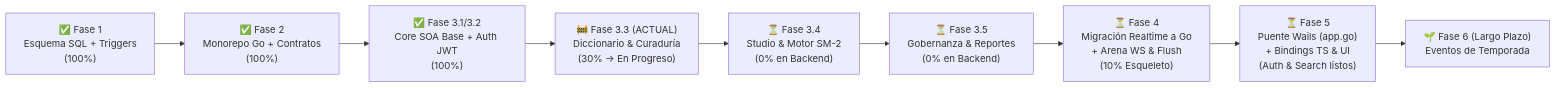
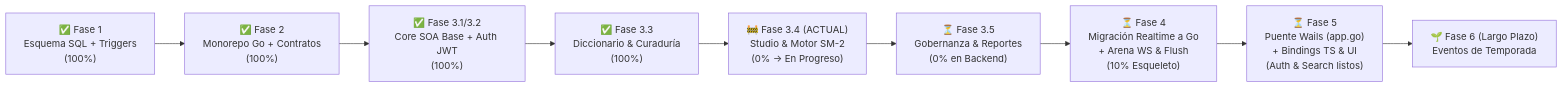
Before and after one commit to OGShawnLee/palabrario: the diagram in .context/PLAN.md, drawn with Mermaid. The commit also changed other lines of this file and 14 other files, not shown here.

````diff
--- a/.context/PLAN.md
+++ b/.context/PLAN.md
@@ -29,11 +29,11 @@
 ```mermaid
 flowchart LR
     F1["✅ Fase 1\nEsquema SQL + Triggers\n(100%)"] --> F2["✅ Fase 2\nMonorepo Go + Contratos\n(100%)"]
     F2 --> F31["✅ Fase 3.1/3.2\nCore SOA Base + Auth JWT\n(100%)"]
-    F31 --> F33["🚧 Fase 3.3 (ACTUAL)\nDiccionario & Curaduría\n(30% -> En Progreso)"]
-    F33 --> F34["⏳ Fase 3.4\nStudio & Motor SM-2\n(0% en Backend)"]
+    F31 --> F33["✅ Fase 3.3\nDiccionario & Curaduría\n(100%)"]
+    F33 --> F34["🚧 Fase 3.4 (ACTUAL)\nStudio & Motor SM-2\n(0% -> En Progreso)"]
     F34 --> F35["⏳ Fase 3.5\nGobernanza & Reportes\n(0% en Backend)"]
     F35 --> F4["⏳ Fase 4\nMigración Realtime a Go\n+ Arena WS & Flush\n(10% Esqueleto)"]
     F4 --> F5["⏳ Fase 5\nPuente Wails (app.go)\n+ Bindings TS & UI\n(Auth & Search listos)"]
     F5 --> F6["🌱 Fase 6 (Largo Plazo)\nEventos de Temporada"]
 ```
````
